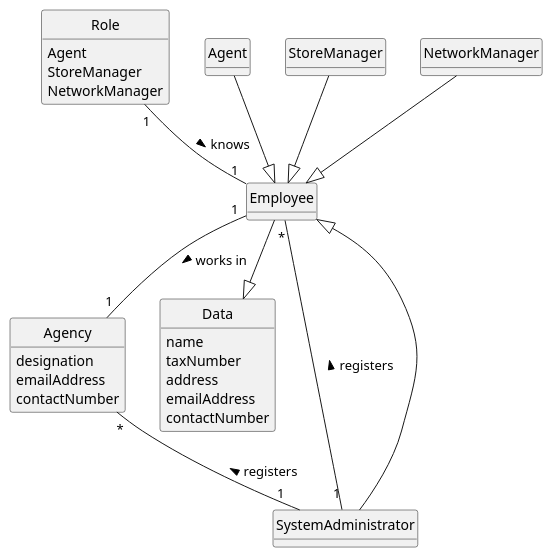
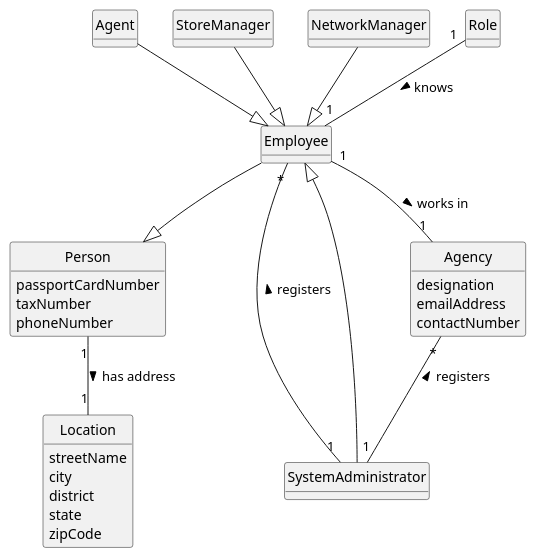
The diagram in docs/sprintB/us003/02.analysis/puml/us003-domain-model.puml (rita-barbosa/LAPR2-2223), drawn with PlantUML before and after one commit.

Commit message:
Domain Model [US03][Analysis]

```diff
--- a/docs/sprintB/us003/02.analysis/puml/us003-domain-model.puml
+++ b/docs/sprintB/us003/02.analysis/puml/us003-domain-model.puml
@@ -1,61 +1,62 @@
 @startuml
 skinparam monochrome true
 skinparam packageStyle rectangle
 skinparam shadowing false
 
 'left to right direction
 
 skinparam classAttributeIconSize 0
 
 hide circle
 hide methods
 
 class SystemAdministrator {}
 
 
 class Employee {}
 
-class Role{
-Agent
-StoreManager
-NetworkManager
-}
 
 class Agent{
 }
 
 class StoreManager{
 }
 class NetworkManager{
 }
 
-class Data{
-name
+class Person{
+passportCardNumber
 taxNumber
-address
-emailAddress
-contactNumber
+phoneNumber
 }
 
+
+class Location{
+streetName
+city
+district
+state
+zipCode
+}
 
 class Agency {
 designation
 emailAddress
 contactNumber
 }
 
 
 
 SystemAdministrator -|> Employee
 SystemAdministrator "1" -- "*" Employee: registers >
 SystemAdministrator "1" -up- "*" Agency: registers >
-
+Person "1" -- "1" Location: has address >
 Employee "1" -- "1" Agency: works in  >
 Role "1" -- "1" Employee: knows  >
-Data  <|-up-  Employee
+Person  <|-up-  Employee
 Agent  --|> Employee
 StoreManager --|> Employee
 NetworkManager --|> Employee
 
 
 @enduml
```
